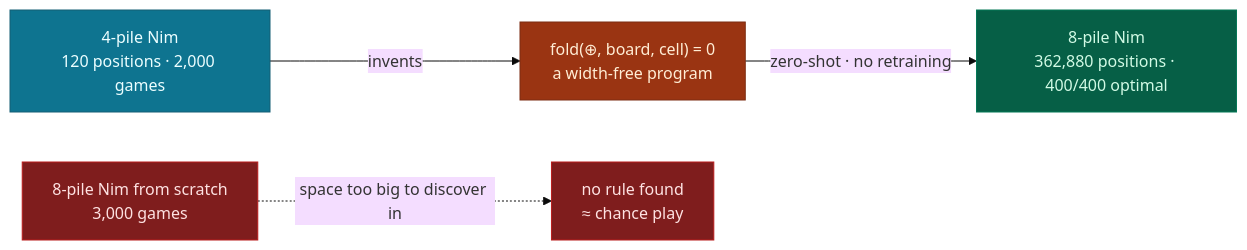
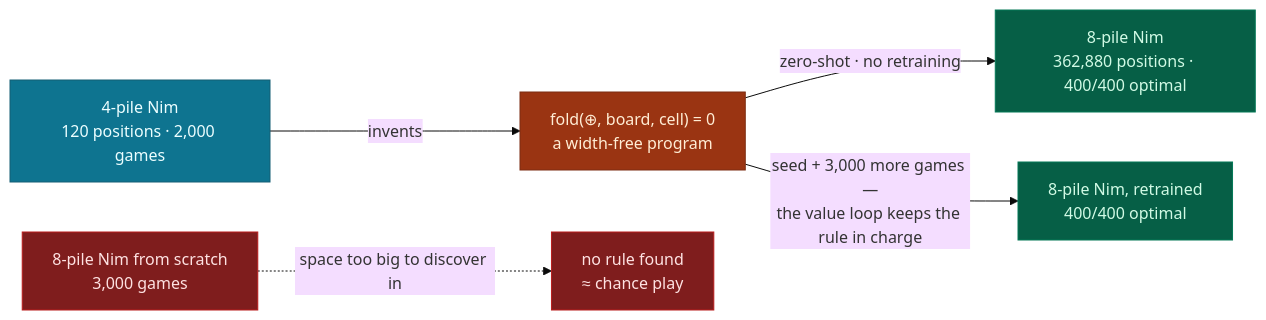
Before and after one commit to MatheweB/WiseExplorer: the first of 9 diagrams in README.md, drawn with Mermaid (base theme). The commit also changed other lines of this file and 4 other files, not shown here.

````diff
--- a/README.md
+++ b/README.md
@@ -51,14 +51,15 @@
 ```mermaid
 flowchart LR
     classDef small fill:#0e7490,stroke:#155e75,color:#ecfeff
     classDef prog  fill:#9a3412,stroke:#7c2d12,color:#ffedd5
     classDef big   fill:#065f46,stroke:#047857,color:#d1fae5
     classDef fail  fill:#7f1d1d,stroke:#b91c1c,color:#fee2e2
     A["4-pile Nim<br/>120 positions · 2,000 games"] -->|"invents"| P["fold(⊕, board, cell) = 0<br/>a width-free program"]
     P -->|"zero-shot · no retraining"| B["8-pile Nim<br/>362,880 positions · 400/400 optimal"]
+    P -->|"seed + 3,000 more games —<br/>the value loop keeps the rule in charge"| B2["8-pile Nim, retrained<br/>400/400 optimal"]
     S["8-pile Nim from scratch<br/>3,000 games"] -.->|"space too big to discover in"| F["no rule found<br/>≈ chance play"]
     class A small
     class P prog
-    class B big
+    class B,B2 big
     class S,F fail
 ```
````
